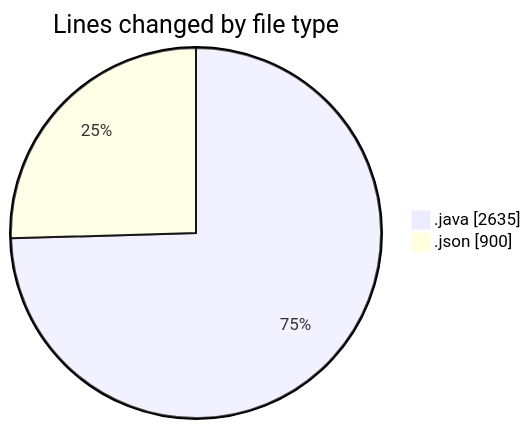
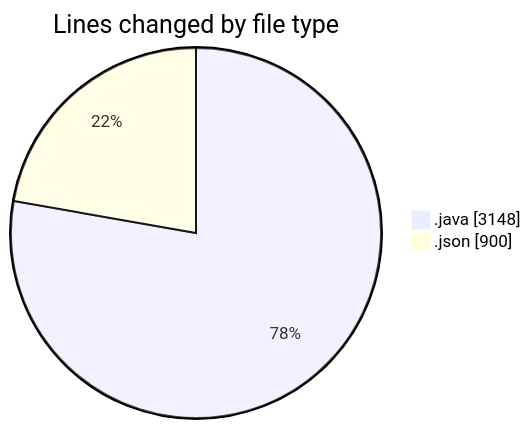
One commit to ricardozamudiocil/code-tracking changed the first of 2 diagrams in 2026-04-16/cilapp/README.md. Above: the diagram before and after it, drawn with Mermaid. The commit also changed other lines of this file and 1 other file, not shown here.

````diff
--- a/2026-04-16/cilapp/README.md
+++ b/2026-04-16/cilapp/README.md
@@ -29,6 +30,6 @@
 ```mermaid
 pie showData
 title Lines changed by file type
-".java" : 2635
+".java" : 3148
 ".json" : 900
 ```
````
